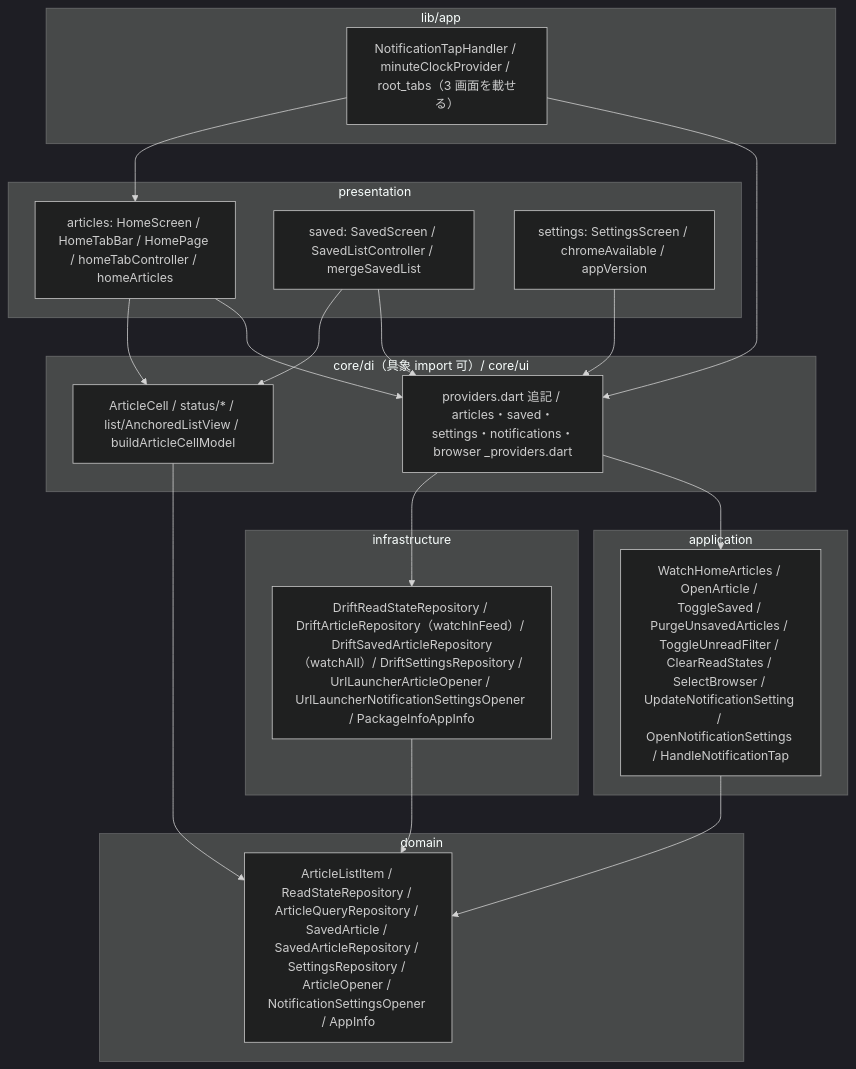
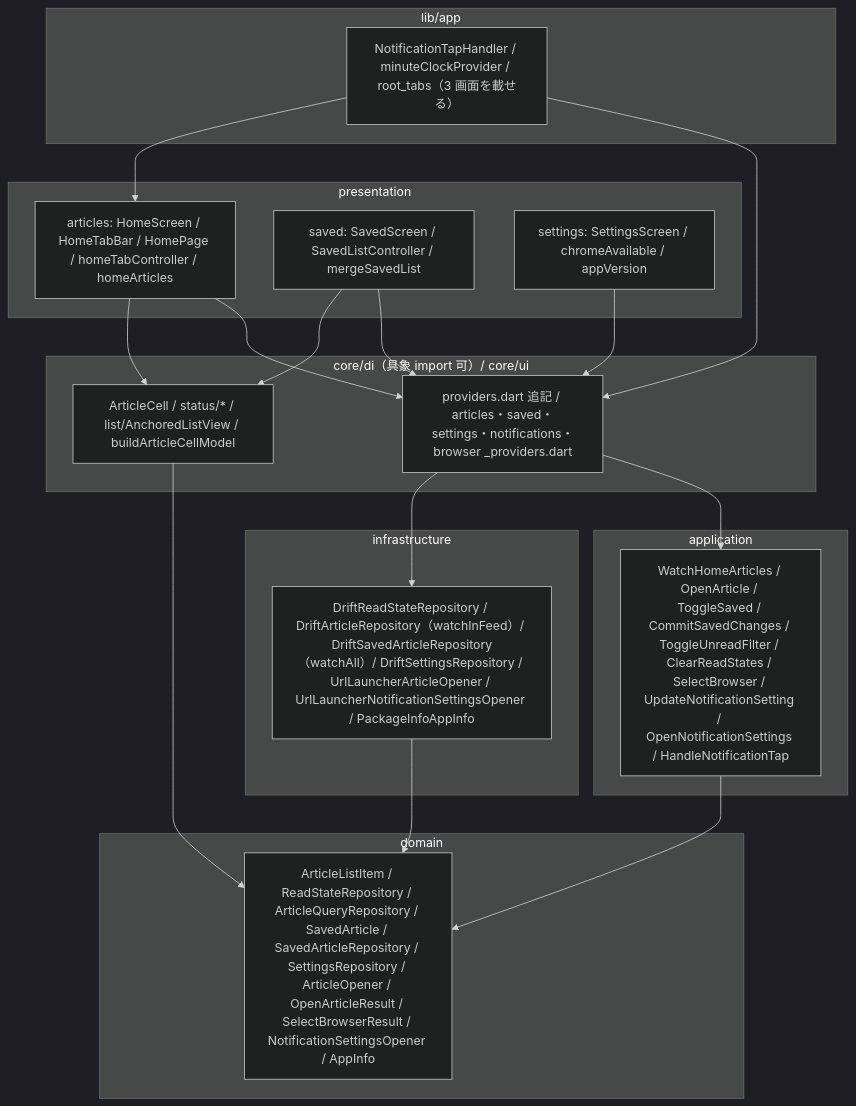
One commit to sss-kato/curtaincall changed the first of 2 diagrams in docs/design/D-05.md. Above: the diagram before and after it, drawn with Mermaid (dark theme). The commit also changed other lines of this file and 1 other file, not shown here.

````diff
--- a/docs/design/D-05.md
+++ b/docs/design/D-05.md
@@ -181,36 +186,36 @@
 ```mermaid
 flowchart TB
   subgraph APP["lib/app"]
     NTH["NotificationTapHandler / minuteClockProvider / root_tabs（3 画面を載せる）"]
   end
   subgraph PRES["presentation"]
     HOME["articles: HomeScreen / HomeTabBar / HomePage / homeTabController / homeArticles"]
     SAVED["saved: SavedScreen / SavedListController / mergeSavedList"]
     SET["settings: SettingsScreen / chromeAvailable / appVersion"]
   end
   subgraph CORE["core/di（具象 import 可）/ core/ui"]
     DI["providers.dart 追記 / articles・saved・settings・notifications・browser _providers.dart"]
     UI["ArticleCell / status/* / list/AnchoredListView / buildArticleCellModel"]
   end
   subgraph APPL["application"]
-    UC["WatchHomeArticles / OpenArticle / ToggleSaved / PurgeUnsavedArticles / ToggleUnreadFilter / ClearReadStates / SelectBrowser / UpdateNotificationSetting / OpenNotificationSettings / HandleNotificationTap"]
+    UC["WatchHomeArticles / OpenArticle / ToggleSaved / CommitSavedChanges / ToggleUnreadFilter / ClearReadStates / SelectBrowser / UpdateNotificationSetting / OpenNotificationSettings / HandleNotificationTap"]
   end
   subgraph DOM["domain"]
-    IF["ArticleListItem / ReadStateRepository / ArticleQueryRepository / SavedArticle / SavedArticleRepository / SettingsRepository / ArticleOpener / NotificationSettingsOpener / AppInfo"]
+    IF["ArticleListItem / ReadStateRepository / ArticleQueryRepository / SavedArticle / SavedArticleRepository / SettingsRepository / ArticleOpener / OpenArticleResult / SelectBrowserResult / NotificationSettingsOpener / AppInfo"]
   end
   subgraph INFRA["infrastructure"]
     IMPL["DriftReadStateRepository / DriftArticleRepository（watchInFeed）/ DriftSavedArticleRepository（watchAll）/ DriftSettingsRepository / UrlLauncherArticleOpener / UrlLauncherNotificationSettingsOpener / PackageInfoAppInfo"]
   end
   NTH --> DI
   NTH --> HOME
   HOME --> DI
   HOME --> UI
   SAVED --> DI
   SAVED --> UI
   SET --> DI
   DI --> UC
   DI --> IMPL
   UC --> IF
   IMPL --> IF
   UI --> IF
 ```
````
